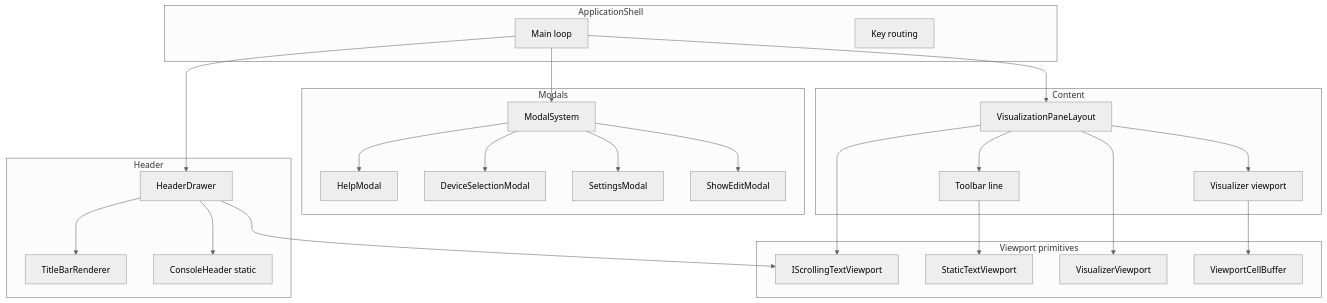
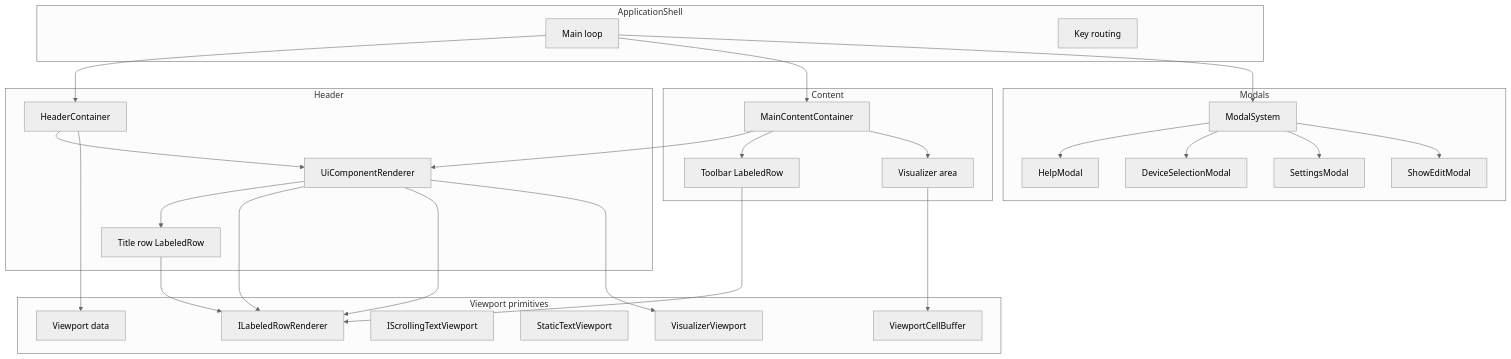
One commit to CzarSibelius/AudioAnalyzer changed the diagram in docs/ui-components.md. Above: the diagram before and after it, drawn with Mermaid (neutral theme). The commit also changed other lines of this file and 67 other files, not shown here.

````diff
--- a/docs/ui-components.md
+++ b/docs/ui-components.md
@@ -81,51 +88,56 @@
 ```mermaid
 flowchart TB
   subgraph shell [ApplicationShell]
     MainLoop[Main loop]
     KeyRouter[Key routing]
   end
 
   subgraph header [Header]
-    HeaderDrawer[HeaderDrawer]
-    TitleBar[TitleBarRenderer]
-    ConsoleHeader[ConsoleHeader static]
+    HeaderContainer[HeaderContainer]
+    ComponentRenderer[UiComponentRenderer]
+    TitleRow[Title row LabeledRow]
   end
 
   subgraph modals [Modals]
     ModalSystem[ModalSystem]
     Help[HelpModal]
     Device[DeviceSelectionModal]
     Settings[SettingsModal]
     ShowEdit[ShowEditModal]
   end
 
   subgraph content [Content]
-    VizLayout[VisualizationPaneLayout]
-    Toolbar[Toolbar line]
-    VisualizerArea[Visualizer viewport]
+    MainContent[MainContentContainer]
+    ToolbarRow[Toolbar LabeledRow]
+    VisualizerArea[Visualizer area]
   end
 
   subgraph primitives [Viewport primitives]
+    ViewportData[Viewport data]
+    RowRenderer[ILabeledRowRenderer]
     ScrollingVP[IScrollingTextViewport]
     StaticVP[StaticTextViewport]
     VisualizerVP[VisualizerViewport]
     CellBuffer[ViewportCellBuffer]
   end
 
-  MainLoop --> HeaderDrawer
-  MainLoop --> VizLayout
+  MainLoop --> HeaderContainer
+  MainLoop --> MainContent
   MainLoop --> ModalSystem
-  HeaderDrawer --> TitleBar
-  HeaderDrawer --> ConsoleHeader
-  HeaderDrawer --> ScrollingVP
+  HeaderContainer --> ComponentRenderer
+  HeaderContainer --> ViewportData
+  ComponentRenderer --> TitleRow
+  ComponentRenderer --> RowRenderer
   ModalSystem --> Help
   ModalSystem --> Device
   ModalSystem --> Settings
   ModalSystem --> ShowEdit
-  VizLayout --> Toolbar
-  VizLayout --> VisualizerArea
-  VizLayout --> ScrollingVP
-  VizLayout --> VisualizerVP
-  Toolbar --> StaticVP
+  MainContent --> ComponentRenderer
+  MainContent --> ToolbarRow
+  MainContent --> VisualizerArea
+  ComponentRenderer --> RowRenderer
+  ComponentRenderer --> VisualizerVP
+  TitleRow --> RowRenderer
+  ToolbarRow --> RowRenderer
   VisualizerArea --> CellBuffer
 ```
````
